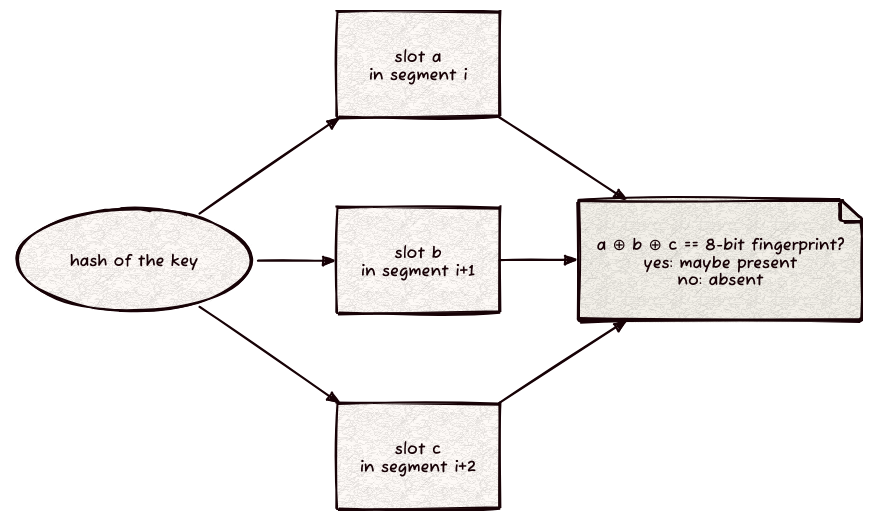
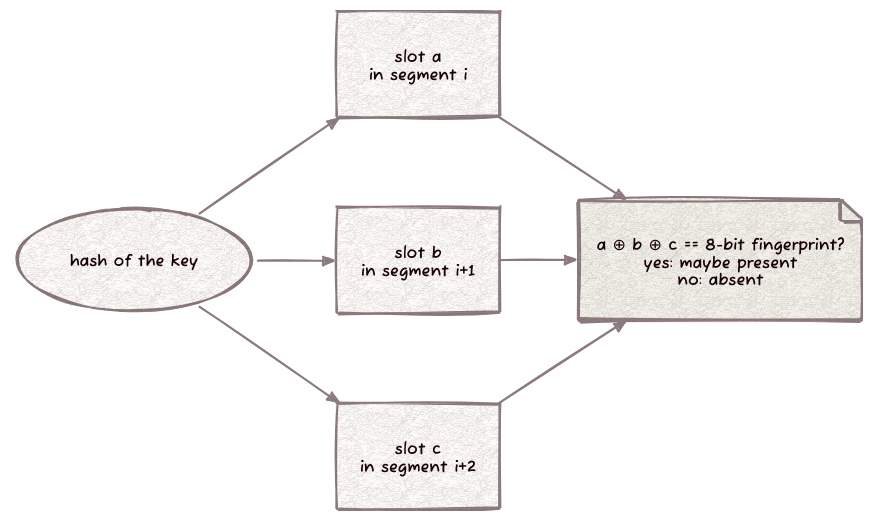
Before and after one commit to Kronuz/fusefilter: the diagram in docs/fusefilter.d2, drawn with D2. The commit also changed 1 other file, not shown here.

Commit message:
Render the README diagram for light and dark pages
A transparent background, mid-tone lines and mid-tone edge labels let
the one SVG read on GitHub's light and dark themes; the header carries
the settings so a plain `d2` renders it the same way.

[skip ci]

```diff
--- a/docs/fusefilter.d2
+++ b/docs/fusefilter.d2
@@ -1,29 +1,31 @@
 # fusefilter: a key's hash picks one 8-bit slot in each of three consecutive segments; their XOR is its fingerprint.
-# Render: d2 --layout elk --sketch --theme 302 docs/fusefilter.d2 docs/fusefilter.svg
-vars: { d2-config: { layout-engine: elk; theme-id: 302; sketch: true; pad: 24 } }
+# Render: d2 docs/fusefilter.d2 docs/fusefilter.svg
+vars: { d2-config: { layout-engine: elk; theme-id: 302; sketch: true; pad: 24; theme-overrides: { B1: "#8C7B7E"; B2: "#C25B73"; N2: "#C25B73" } } }
+style.fill: transparent
+
 # Three columns of three cells, filled column by column: the key, the slots, the check.
 grid-columns: 3
 horizontal-gap: 80
 vertical-gap: 90
 
 g1: "" {style.opacity: 0}
 key: "hash of the key" {shape: oval}
 g2: "" {style.opacity: 0}
 
 a: "slot a\nin segment i"
 b: "slot b\nin segment i+1"
 c: "slot c\nin segment i+2"
 
 g3: "" {style.opacity: 0}
 check: "a ⊕ b ⊕ c == 8-bit fingerprint?\nyes: maybe present\nno: absent" {
   shape: page
   style.fill: "#F4F1EA"
 }
 g4: "" {style.opacity: 0}
 
 key -> a
 key -> b
 key -> c
 a -> check
 b -> check
 c -> check
```
